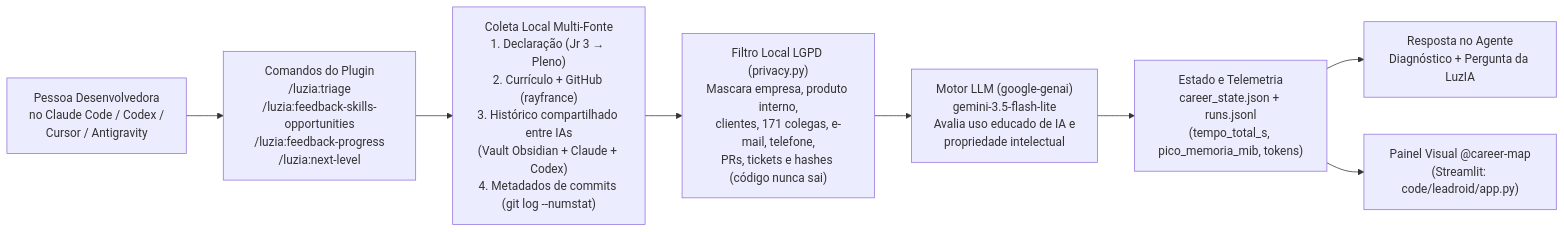
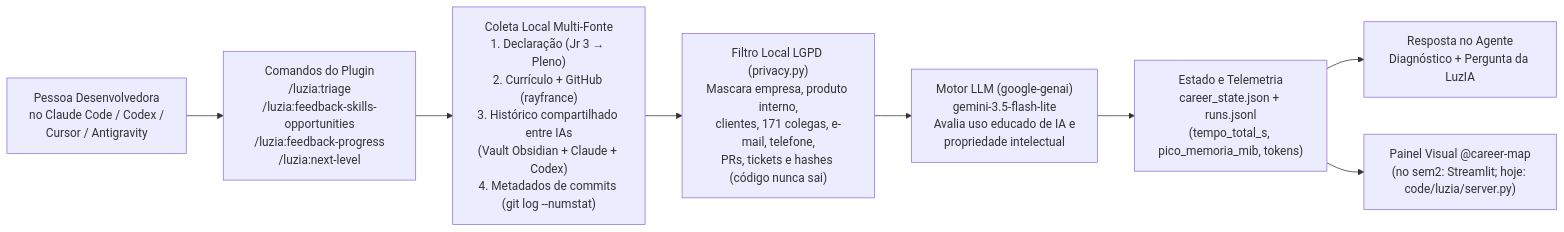
One commit to rayfrance/ai4good changed the diagram in va2/flx.md. Above: the diagram before and after it, drawn with Mermaid. The commit also changed other lines of this file and 71 other files, not shown here.

First line of the commit message:
feat(luzia): gamified career route, harness integration and configurable model

````diff
--- a/va2/flx.md
+++ b/va2/flx.md
@@ -9,10 +9,10 @@
 ```mermaid
 flowchart LR
     DEV["Pessoa Desenvolvedora<br/>no Claude Code / Codex /<br/>Cursor / Antigravity"] --> CMD["Comandos do Plugin<br/>/luzia:triage<br/>/luzia:feedback-skills-opportunities<br/>/luzia:feedback-progress<br/>/luzia:next-level"]
     CMD --> COL["Coleta Local Multi-Fonte<br/>1. Declaração (Jr 3 → Pleno)<br/>2. Currículo + GitHub (rayfrance)<br/>3. Histórico compartilhado entre IAs<br/>(Vault Obsidian + Claude + Codex)<br/>4. Metadados de commits (git log --numstat)"]
     COL --> LGPD["Filtro Local LGPD (privacy.py)<br/>Mascara empresa, produto interno,<br/>clientes, 171 colegas, e-mail, telefone,<br/>PRs, tickets e hashes (código nunca sai)"]
     LGPD --> LLM["Motor LLM (google-genai)<br/>gemini-3.5-flash-lite<br/>Avalia uso educado de IA e<br/>propriedade intelectual"]
     LLM --> STATE["Estado e Telemetria<br/>career_state.json + runs.jsonl<br/>(tempo_total_s, pico_memoria_mib, tokens)"]
     STATE --> OUT1["Resposta no Agente<br/>Diagnóstico + Pergunta da LuzIA"]
-    STATE --> OUT2["Painel Visual @career-map<br/>(Streamlit: code/leadroid/app.py)"]
+    STATE --> OUT2["Painel Visual @career-map<br/>(no sem2: Streamlit; hoje: code/luzia/server.py)"]
 ```
````
